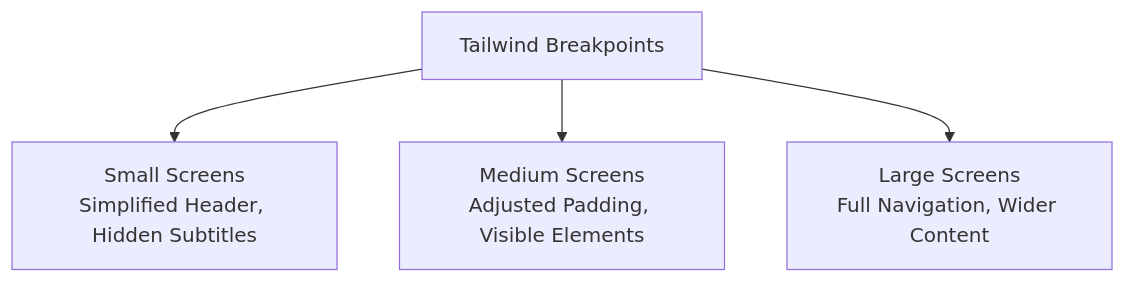
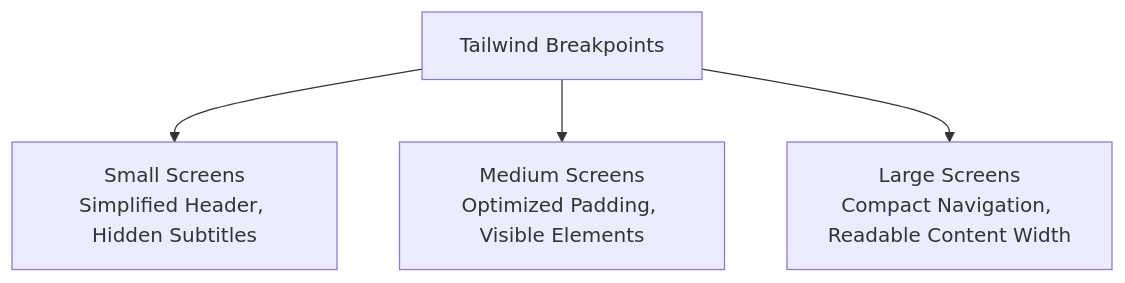
Before and after one commit to Dikksap/laravel_RsvHelmet: the seventh of 8 diagrams in .qoder/repowiki/en/content/Frontend Components/Blade Templates/Layout System.md, drawn with Mermaid. The commit also changed other lines of this file and 102 other files, not shown here.

````diff
--- a/.qoder/repowiki/en/content/Frontend Components/Blade Templates/Layout System.md
+++ b/.qoder/repowiki/en/content/Frontend Components/Blade Templates/Layout System.md
@@ -246,6 +258,6 @@
 ```mermaid
 flowchart TD
 Breakpoints["Tailwind Breakpoints"] --> Small["Small Screens<br/>Simplified Header, Hidden Subtitles"]
-Breakpoints --> Medium["Medium Screens<br/>Adjusted Padding, Visible Elements"]
-Breakpoints --> Large["Large Screens<br/>Full Navigation, Wider Content"]
+Breakpoints --> Medium["Medium Screens<br/>Optimized Padding, Visible Elements"]
+Breakpoints --> Large["Large Screens<br/>Compact Navigation, Readable Content Width"]
 ```
````
